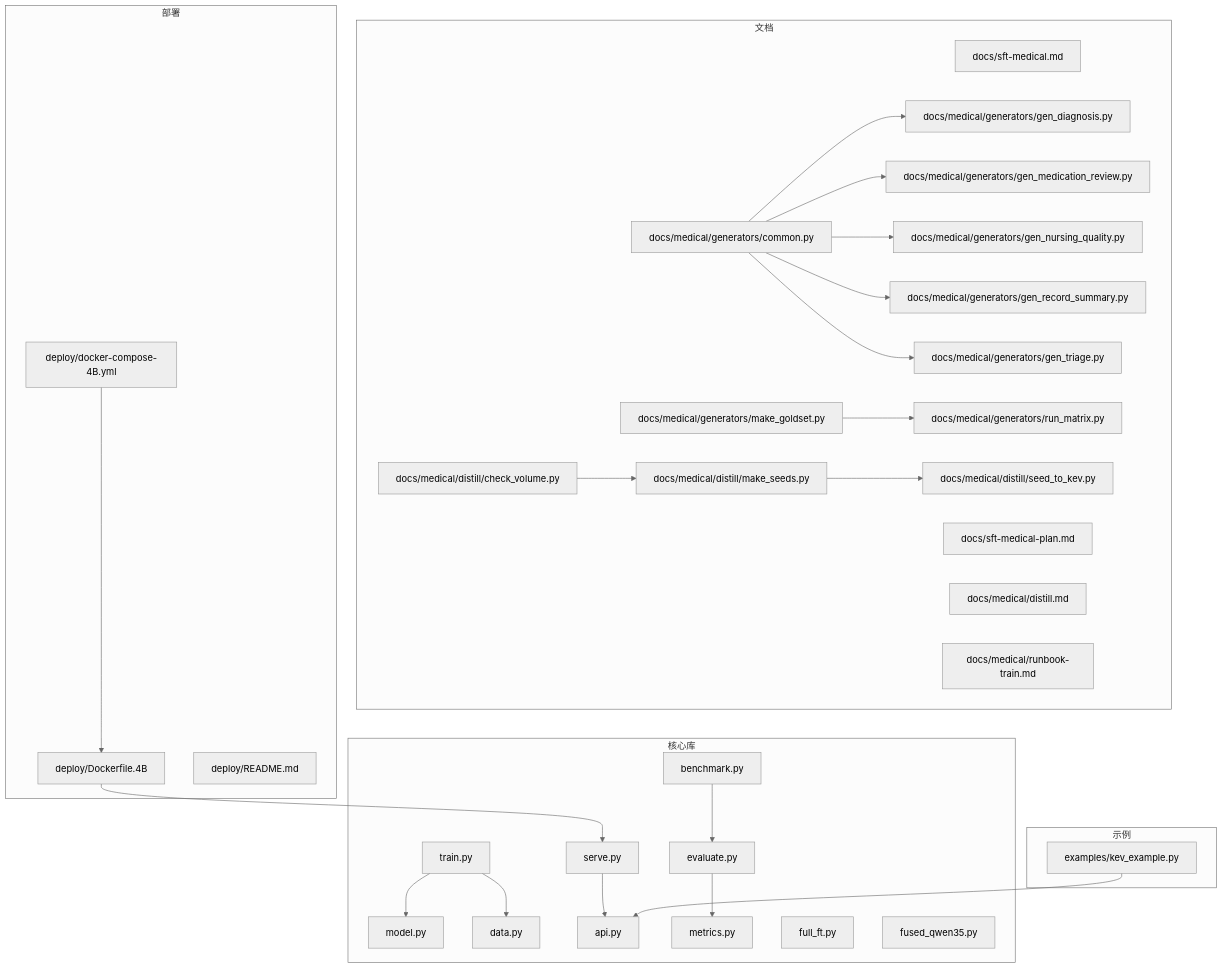
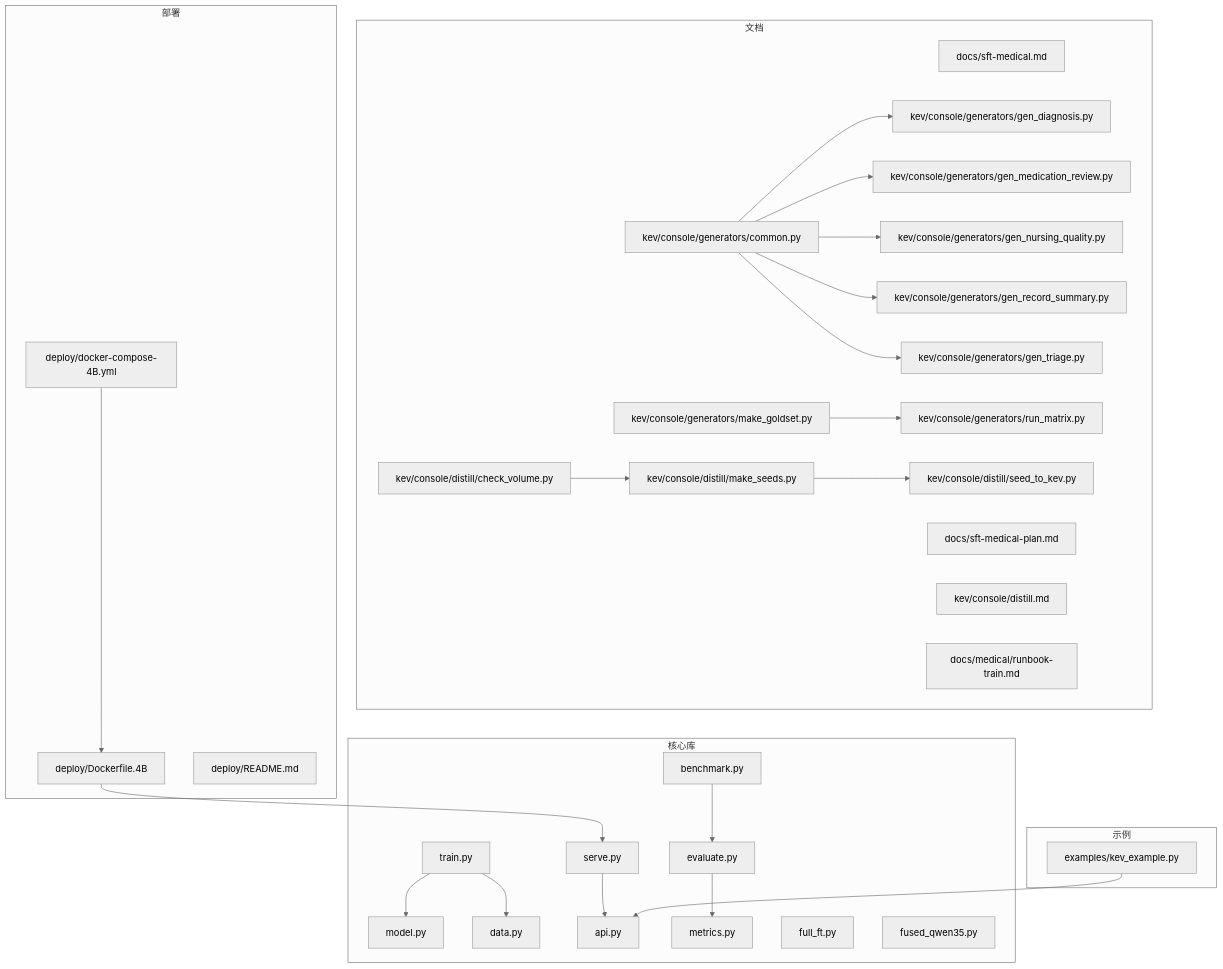
Before and after one commit to joezxh/kev: the first of 8 diagrams in .qoder/repowiki/zh/content/训练框架/医疗领域微调框架.md, drawn with Mermaid (neutral theme). The commit also changed other lines of this file and 81 other files, not shown here.

````diff
--- a/.qoder/repowiki/zh/content/训练框架/医疗领域微调框架.md
+++ b/.qoder/repowiki/zh/content/训练框架/医疗领域微调框架.md
@@ -69,56 +69,56 @@
 ```mermaid
 graph TB
 subgraph "核心库"
 K_train["train.py"]
 K_model["model.py"]
 K_data["data.py"]
 K_api["api.py"]
 K_serve["serve.py"]
 K_bench["benchmark.py"]
 K_eval["evaluate.py"]
 K_metrics["metrics.py"]
 K_fullft["full_ft.py"]
 K_fused["fused_qwen35.py"]
 end
 subgraph "示例"
 EX["examples/kev_example.py"]
 end
 subgraph "文档"
 D_sftmed["docs/sft-medical.md"]
 D_plan["docs/sft-medical-plan.md"]
-D_distill["docs/medical/distill.md"]
+D_distill["kev/console/distill.md"]
 D_runbook["docs/medical/runbook-train.md"]
-D_gen_common["docs/medical/generators/common.py"]
-D_gen_diag["docs/medical/generators/gen_diagnosis.py"]
-D_gen_meds["docs/medical/generators/gen_medication_review.py"]
-D_gen_nurse["docs/medical/generators/gen_nursing_quality.py"]
-D_gen_recsum["docs/medical/generators/gen_record_summary.py"]
-D_gen_triage["docs/medical/generators/gen_triage.py"]
-D_gold["docs/medical/generators/make_goldset.py"]
-D_runmatrix["docs/medical/generators/run_matrix.py"]
-D_cv["docs/medical/distill/check_volume.py"]
-D_mkseeds["docs/medical/distill/make_seeds.py"]
-D_seed2kev["docs/medical/distill/seed_to_kev.py"]
+D_gen_common["kev/console/generators/common.py"]
+D_gen_diag["kev/console/generators/gen_diagnosis.py"]
+D_gen_meds["kev/console/generators/gen_medication_review.py"]
+D_gen_nurse["kev/console/generators/gen_nursing_quality.py"]
+D_gen_recsum["kev/console/generators/gen_record_summary.py"]
+D_gen_triage["kev/console/generators/gen_triage.py"]
+D_gold["kev/console/generators/make_goldset.py"]
+D_runmatrix["kev/console/generators/run_matrix.py"]
+D_cv["kev/console/distill/check_volume.py"]
+D_mkseeds["kev/console/distill/make_seeds.py"]
+D_seed2kev["kev/console/distill/seed_to_kev.py"]
 end
 subgraph "部署"
 DF["deploy/Dockerfile.4B"]
 DC["deploy/docker-compose-4B.yml"]
 DREADME["deploy/README.md"]
 end
 EX --> K_api
 K_train --> K_model
 K_train --> K_data
 K_serve --> K_api
 K_bench --> K_eval
 K_eval --> K_metrics
 D_gen_common --> D_gen_diag
 D_gen_common --> D_gen_meds
 D_gen_common --> D_gen_nurse
 D_gen_common --> D_gen_recsum
 D_gen_common --> D_gen_triage
 D_gold --> D_runmatrix
 D_mkseeds --> D_seed2kev
 D_cv --> D_mkseeds
 DF --> K_serve
 DC --> DF
 ```
````
